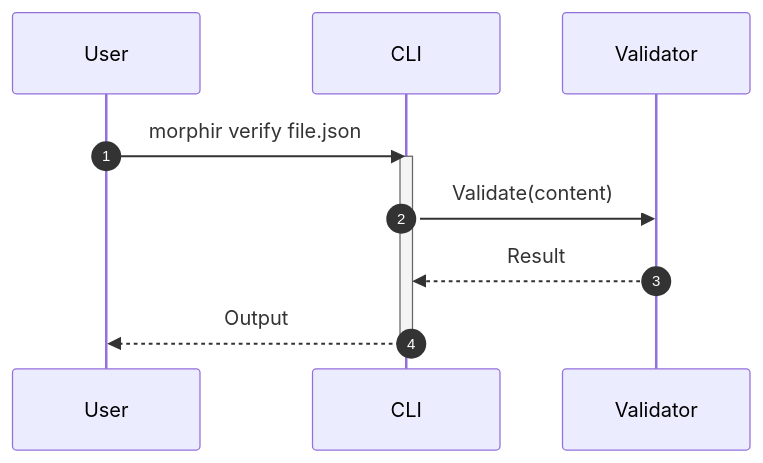
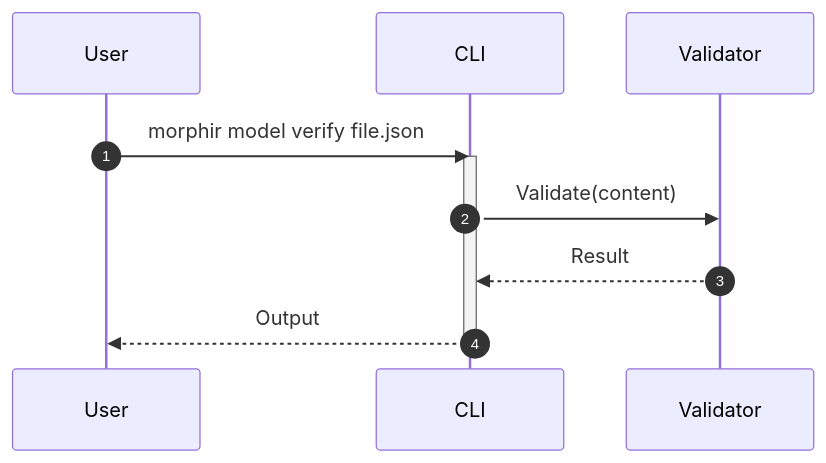
Before and after one commit to finos/morphir-dotnet: the third of 3 diagrams in .claude/skills/technical-writer/SKILL.md, drawn with Mermaid. The commit also changed 656 other files, not shown here.

First line of the commit message:
feat: morphir model convert and streaming JSON output (#673)

````diff
--- a/.claude/skills/technical-writer/SKILL.md
+++ b/.claude/skills/technical-writer/SKILL.md
@@ -834,14 +834,14 @@
 ```mermaid
 sequenceDiagram
     autonumber
     participant U as User
     participant C as CLI
     participant V as Validator
 
-    U->>C: morphir verify file.json
+    U->>C: morphir model verify file.json
     activate C
     C->>V: Validate(content)
     V-->>C: Result
     C-->>U: Output
     deactivate C
 ```
````
